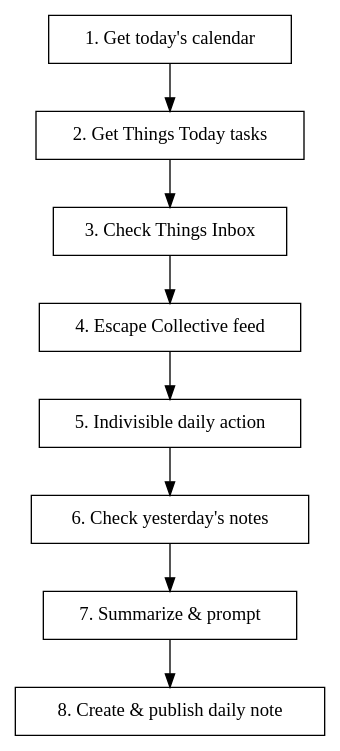
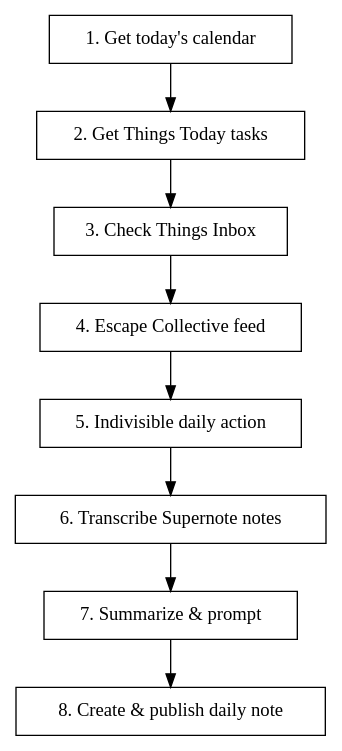
The diagram in claude/skills/daily/SKILL.md (jhuggart/dotfiles), drawn with Graphviz before and after one commit. The commit also changed other lines of this file and 3 other files, not shown here.

````diff
--- a/claude/skills/daily/SKILL.md
+++ b/claude/skills/daily/SKILL.md
@@ -10,14 +10,14 @@
 ```dot
 digraph daily {
     rankdir=TB;
     node [shape=box];
 
     "1. Get today's calendar" -> "2. Get Things Today tasks";
     "2. Get Things Today tasks" -> "3. Check Things Inbox";
     "3. Check Things Inbox" -> "4. Escape Collective feed";
     "4. Escape Collective feed" -> "5. Indivisible daily action";
-    "5. Indivisible daily action" -> "6. Check yesterday's notes";
-    "6. Check yesterday's notes" -> "7. Summarize & prompt";
+    "5. Indivisible daily action" -> "6. Transcribe Supernote notes";
+    "6. Transcribe Supernote notes" -> "7. Summarize & prompt";
     "7. Summarize & prompt" -> "8. Create & publish daily note";
 }
 ```
````
